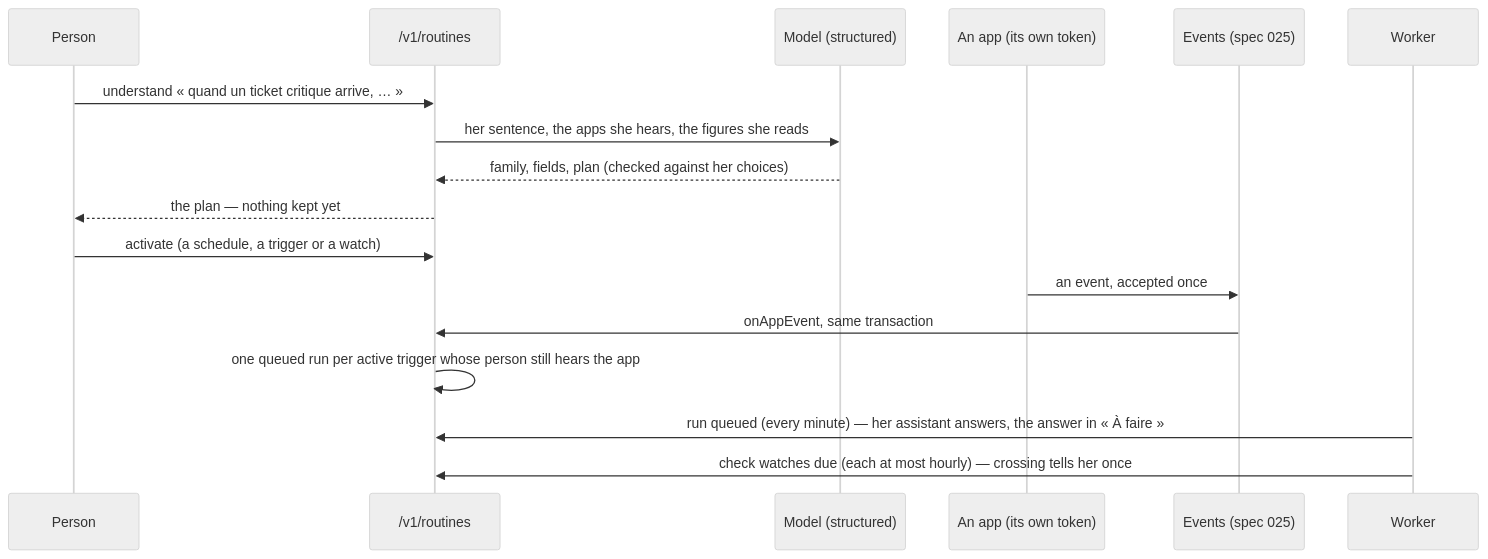
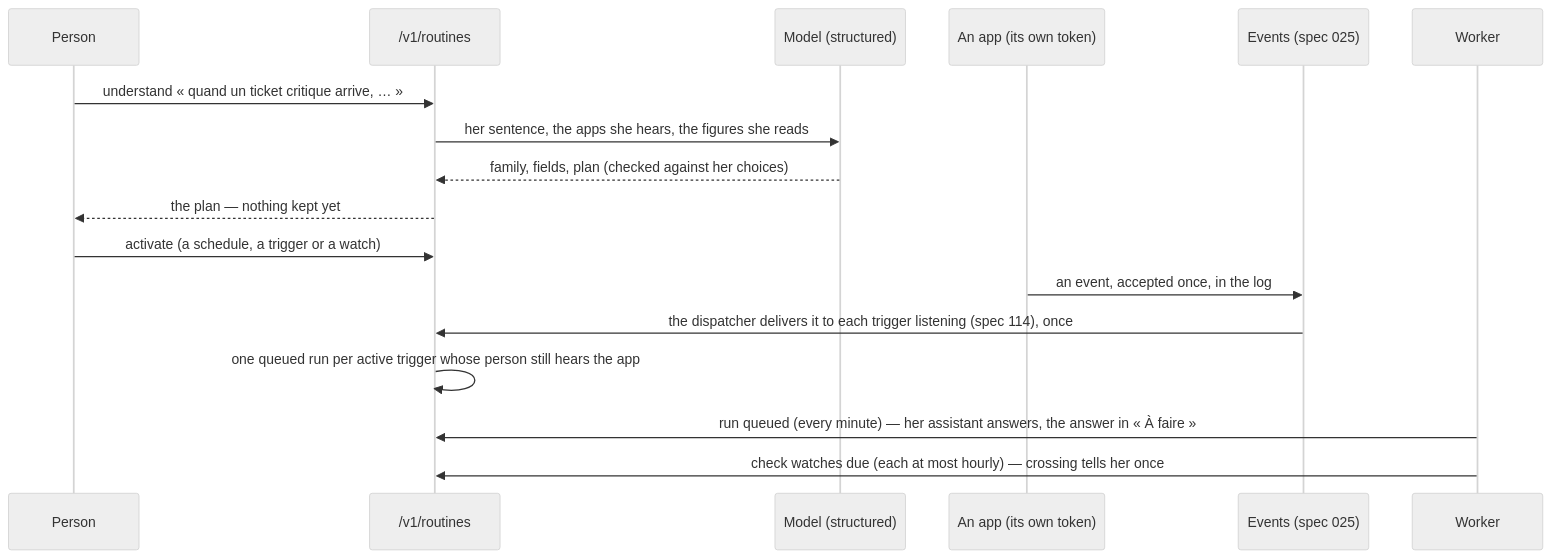
One commit to kete-africa/kete-enterprise changed the first of 2 diagrams in apps/api/src/features/routines/README.md. Above: the diagram before and after it, drawn with Mermaid (neutral theme). The commit also changed 12 other files, not shown here.

First line of the commit message:
feat(events): routines and figure watches on the one event path (spec 114)

````diff
--- a/apps/api/src/features/routines/README.md
+++ b/apps/api/src/features/routines/README.md
@@ -8,19 +8,19 @@
 ```mermaid
 sequenceDiagram
   participant P as Person
   participant R as /v1/routines
   participant M as Model (structured)
   participant A as An app (its own token)
   participant E as Events (spec 025)
   participant W as Worker
   P->>R: understand « quand un ticket critique arrive, … »
   R->>M: her sentence, the apps she hears, the figures she reads
   M-->>R: family, fields, plan (checked against her choices)
   R-->>P: the plan — nothing kept yet
   P->>R: activate (a schedule, a trigger or a watch)
-  A->>E: an event, accepted once
-  E->>R: onAppEvent, same transaction
+  A->>E: an event, accepted once, in the log
+  E->>R: the dispatcher delivers it to each trigger listening (spec 114), once
   R->>R: one queued run per active trigger whose person still hears the app
   W->>R: run queued (every minute) — her assistant answers, the answer in « À faire »
   W->>R: check watches due (each at most hourly) — crossing tells her once
 ```
````
